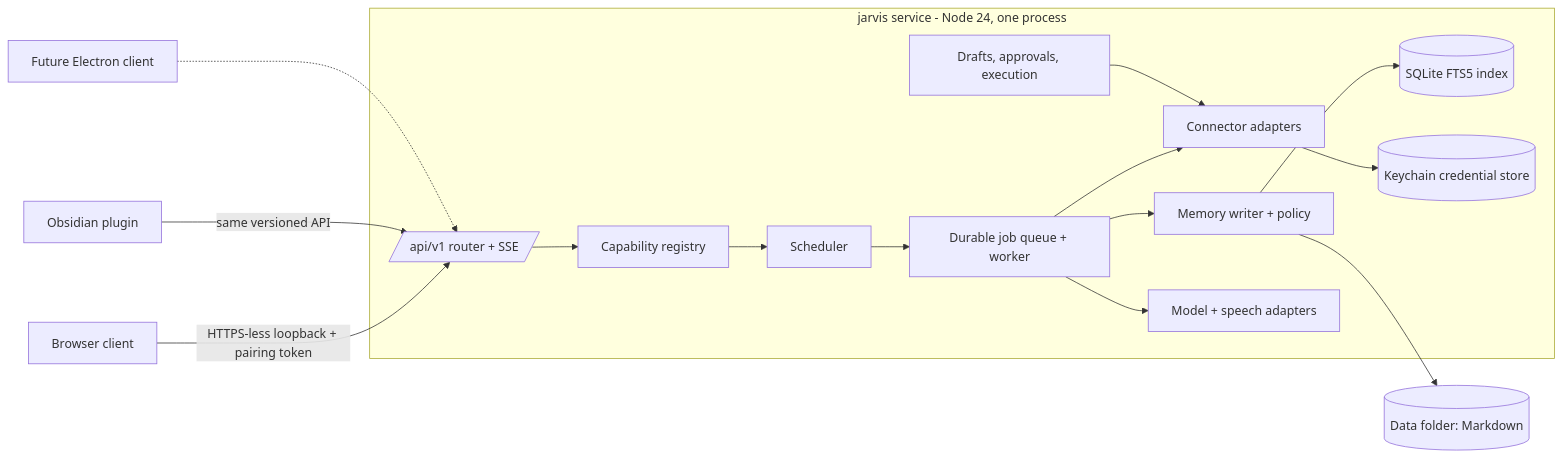
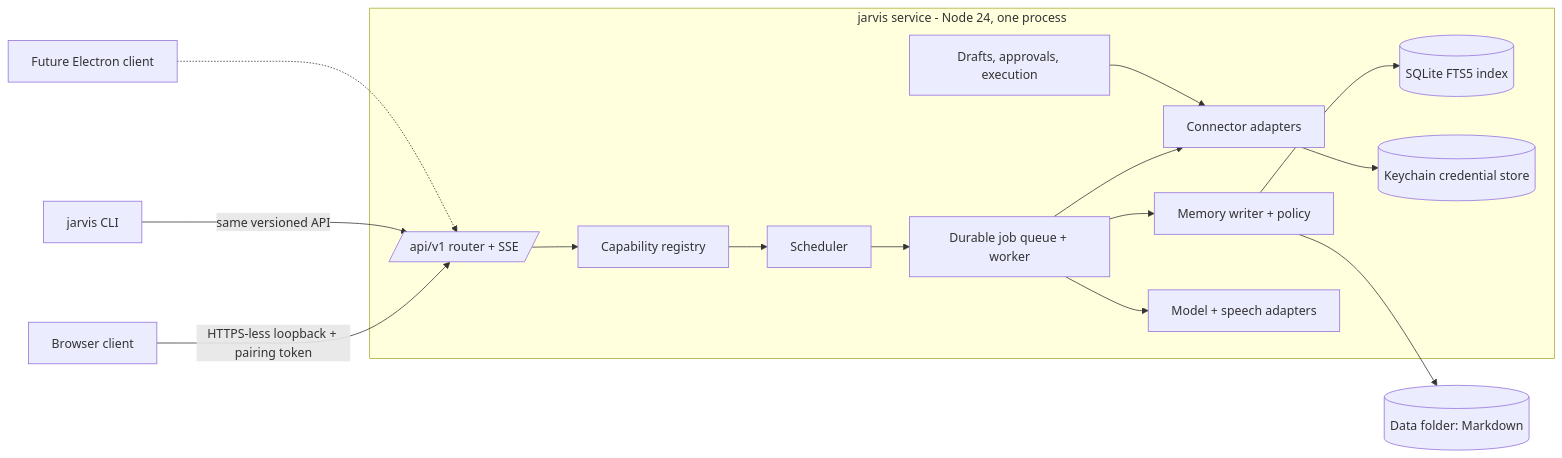
Before and after one commit to emilchristensen/attache: the diagram in docs/architecture.md, drawn with Mermaid. The commit also changed other lines of this file and 22 other files, not shown here.

First line of the commit message:
chore: remove the Obsidian plugin

````diff
--- a/docs/architecture.md
+++ b/docs/architecture.md
@@ -7,24 +7,24 @@
 ```mermaid
 flowchart LR
   Browser[Browser client] -- HTTPS-less loopback + pairing token --> API
-  Obsidian[Obsidian plugin] -- same versioned API --> API
+  CLI[jarvis CLI] -- same versioned API --> API
   Electron[Future Electron client] -.-> API
   subgraph Service[jarvis service - Node 24, one process]
     API[/api/v1 router + SSE/]
     Registry[Capability registry]
     Memory[Memory writer + policy]
     Index[(SQLite FTS5 index)]
     Jobs[Durable job queue + worker]
     Sched[Scheduler]
     Actions[Drafts, approvals, execution]
     Conn[Connector adapters]
     Models[Model + speech adapters]
     Creds[(Keychain credential store)]
   end
   API --> Registry --> Sched --> Jobs
   Jobs --> Conn & Models & Memory
   Memory --> Vault[(Data folder: Markdown)]
   Memory --> Index
   Actions --> Conn
   Conn --> Creds
 ```
````
